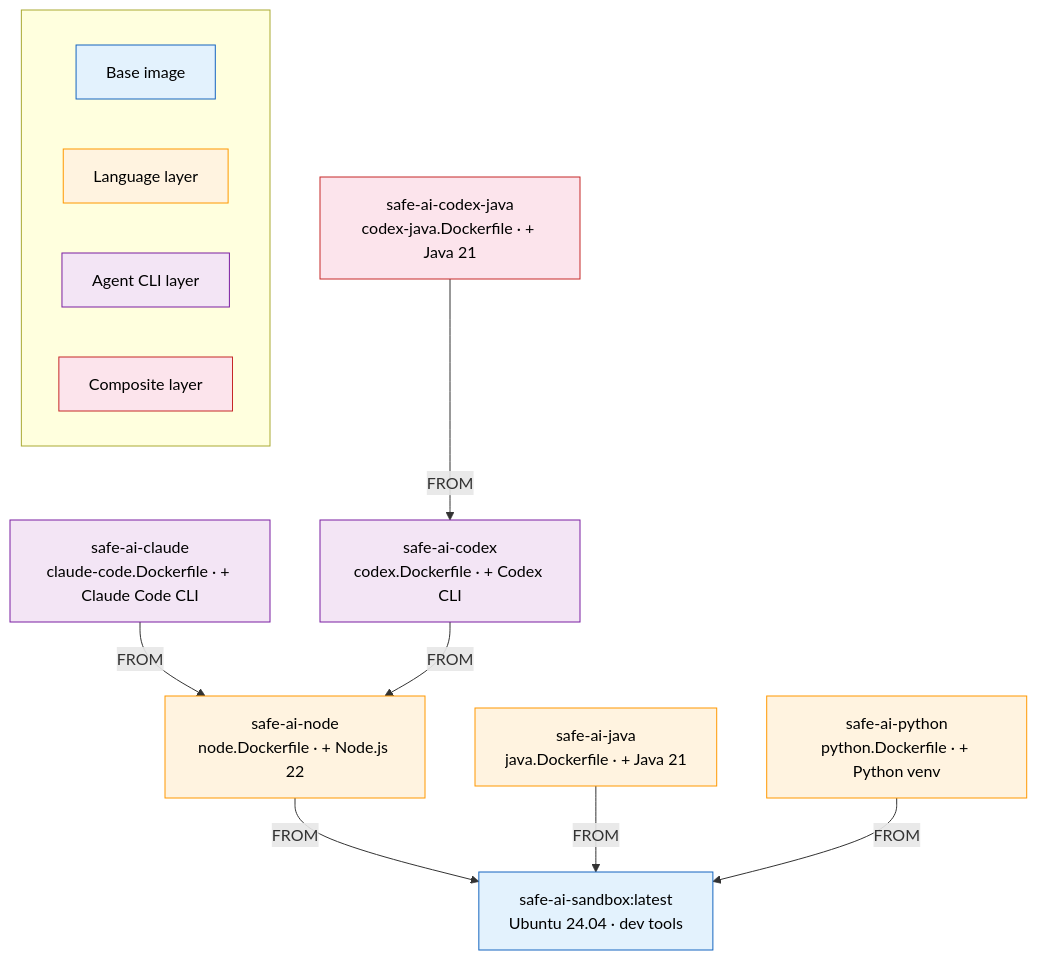
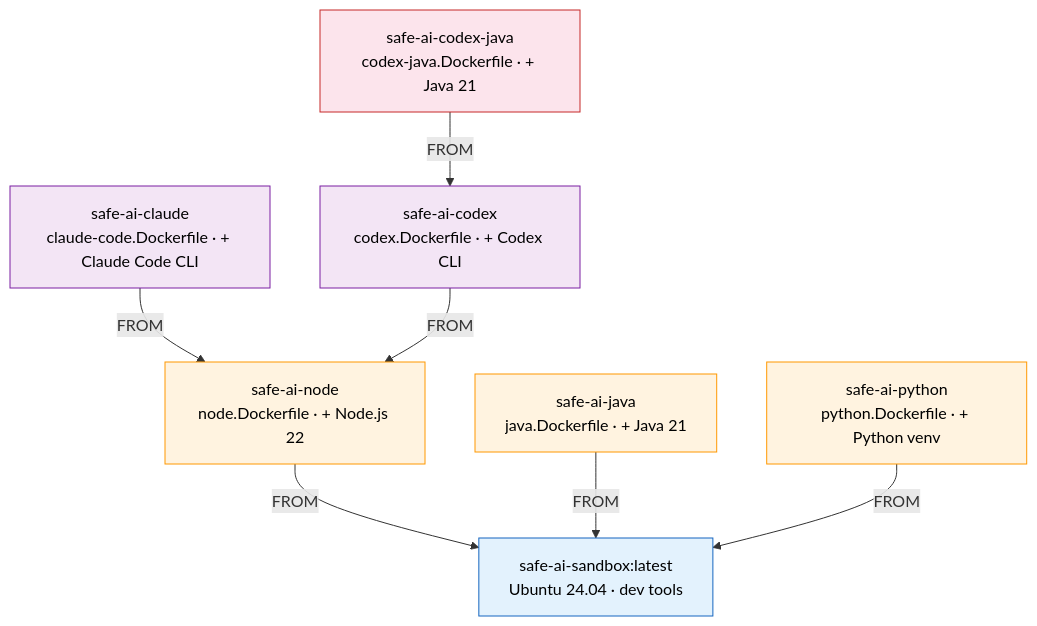
Before and after one commit to krukkeniels/safe-ai: the second of 2 diagrams in README.md, drawn with Mermaid. The commit also changed other lines of this file and 16 other files, not shown here.

First line of the commit message:
docs: simplify diagrams, rename files, and improve README clarity

````diff
--- a/README.md
+++ b/README.md
@@ -202,44 +215,28 @@
 ```mermaid
 flowchart TD
     Base["safe-ai-sandbox:latest<br/>Ubuntu 24.04 · dev tools"]
 
     Node["safe-ai-node<br/>node.Dockerfile · + Node.js 22"]
     Java["safe-ai-java<br/>java.Dockerfile · + Java 21"]
     Python["safe-ai-python<br/>python.Dockerfile · + Python venv"]
 
     Claude["safe-ai-claude<br/>claude-code.Dockerfile · + Claude Code CLI"]
     Codex["safe-ai-codex<br/>codex.Dockerfile · + Codex CLI"]
 
     CodexJava["safe-ai-codex-java<br/>codex-java.Dockerfile · + Java 21"]
 
     Node -->|FROM| Base
     Java -->|FROM| Base
     Python -->|FROM| Base
     Claude -->|FROM| Node
     Codex -->|FROM| Node
     CodexJava -->|FROM| Codex
 
     style Base fill:#e3f2fd,stroke:#1565c0,color:#000
     style Node fill:#fff3e0,stroke:#ff9800,color:#000
     style Java fill:#fff3e0,stroke:#ff9800,color:#000
     style Python fill:#fff3e0,stroke:#ff9800,color:#000
     style Claude fill:#f3e5f5,stroke:#7b1fa2,color:#000
     style Codex fill:#f3e5f5,stroke:#7b1fa2,color:#000
     style CodexJava fill:#fce4ec,stroke:#c62828,color:#000
-
-    subgraph Legend[" "]
-        direction LR
-        L1["Base image"]
-        L2["Language layer"]
-        L3["Agent CLI layer"]
-        L4["Composite layer"]
-    end
-    classDef legendBlue fill:#e3f2fd,stroke:#1565c0,color:#000
-    classDef legendOrange fill:#fff3e0,stroke:#ff9800,color:#000
-    classDef legendPurple fill:#f3e5f5,stroke:#7b1fa2,color:#000
-    classDef legendPink fill:#fce4ec,stroke:#c62828,color:#000
-    class L1 legendBlue
-    class L2 legendOrange
-    class L3 legendPurple
-    class L4 legendPink
 ```
````
